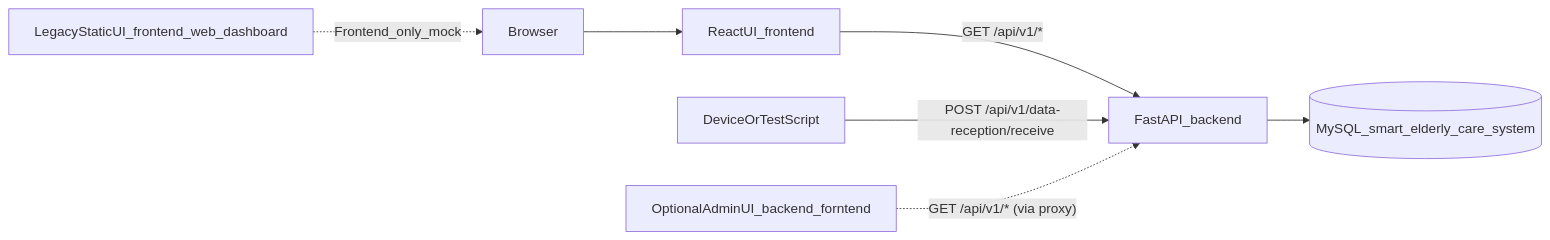
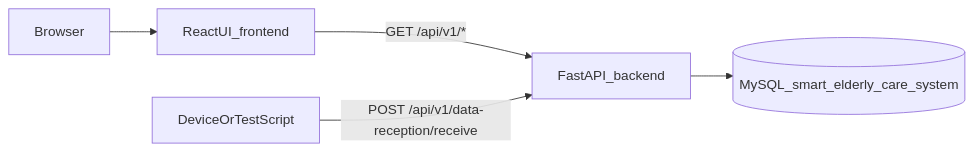
Before and after one commit to Triplenone/AIST-Final-Year-Project: the first of 2 diagrams in docs/ARCHITECTURE.md, drawn with Mermaid. The commit also changed other lines of this file and 79 other files, not shown here.

Commit message:
backend frontend integration updates

````diff
--- a/docs/ARCHITECTURE.md
+++ b/docs/ARCHITECTURE.md
@@ -9,10 +9,7 @@
 ```mermaid
 flowchart LR
   Browser[Browser] --> ReactUI[ReactUI_frontend]
   ReactUI -->|"GET /api/v1/*"| FastAPI[FastAPI_backend]
   DeviceOrScript[DeviceOrTestScript] -->|"POST /api/v1/data-reception/receive"| FastAPI
   FastAPI --> MySQL[(MySQL_smart_elderly_care_system)]
-
-  AdminUI[OptionalAdminUI_backend_forntend] -.->|"GET /api/v1/* (via proxy)"| FastAPI
-  LegacyUI[LegacyStaticUI_frontend_web_dashboard] -.->|"Frontend_only_mock"| Browser
 ```
````
